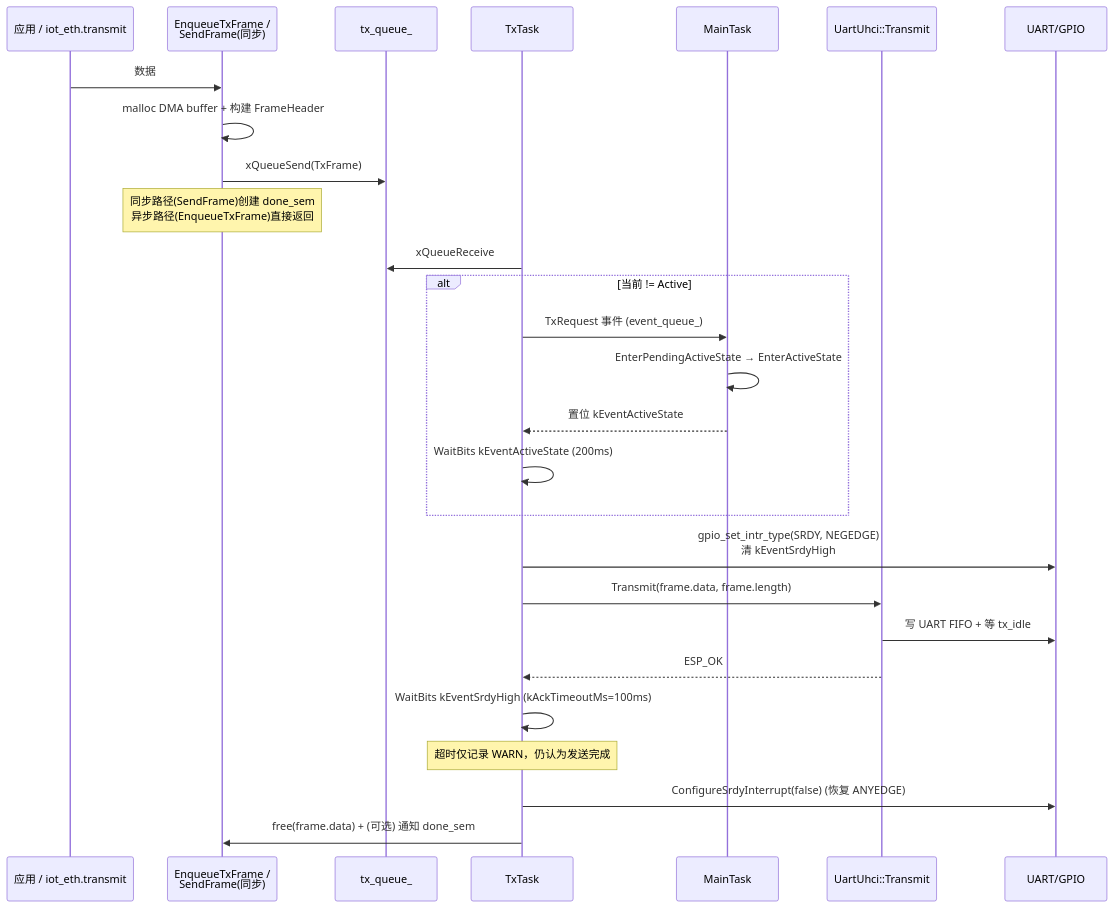
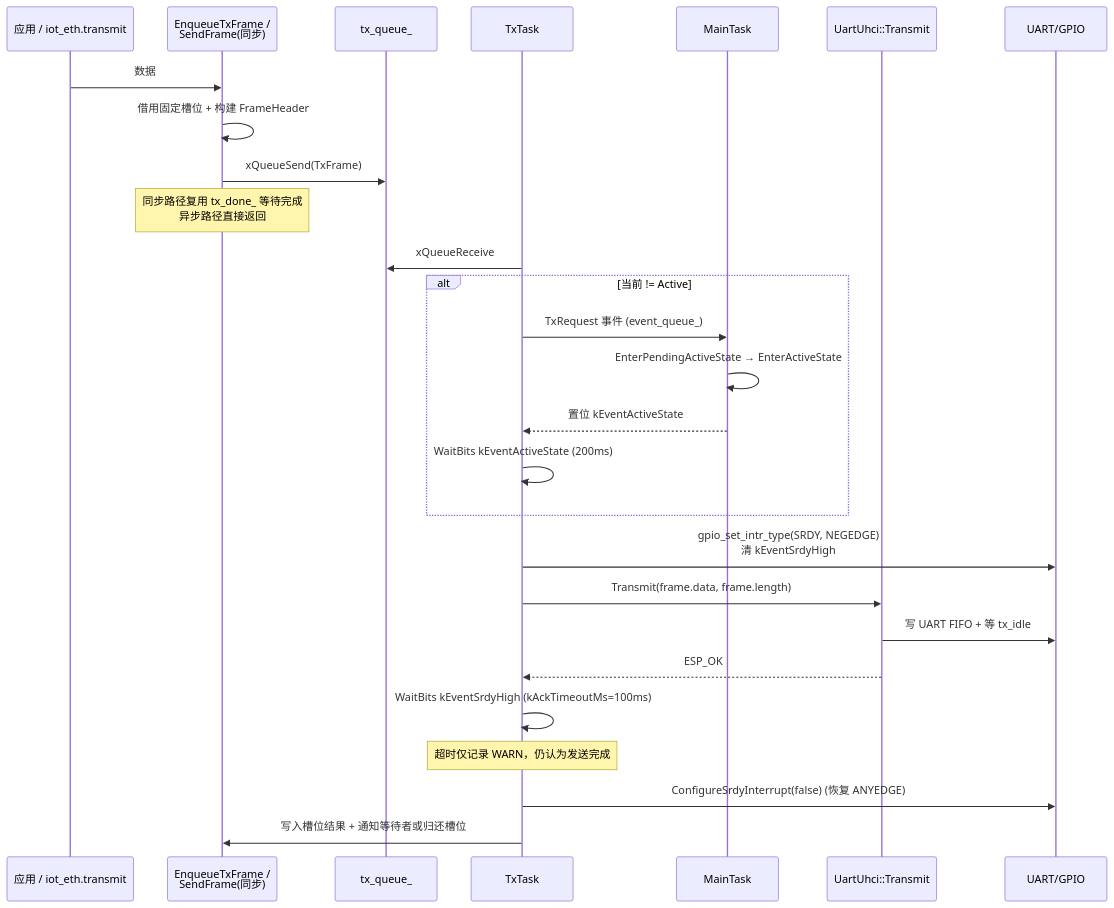
Before and after one commit to 78/uart-eth-modem: diagram 15 of 22 in WORKING_PRINCIPLE.md, drawn with Mermaid. The commit also changed other lines of this file and 18 other files, not shown here.

````diff
--- a/WORKING_PRINCIPLE.md
+++ b/WORKING_PRINCIPLE.md
@@ -584,34 +584,34 @@
 ```mermaid
 sequenceDiagram
     participant APP as 应用 / iot_eth.transmit
     participant ENQ as EnqueueTxFrame /<br/>SendFrame(同步)
     participant TQ as tx_queue_
     participant TX as TxTask
     participant MAIN as MainTask
     participant UHCI as UartUhci::Transmit
     participant HW as UART/GPIO
 
     APP->>ENQ: 数据
-    ENQ->>ENQ: malloc DMA buffer + 构建 FrameHeader
+    ENQ->>ENQ: 借用固定槽位 + 构建 FrameHeader
     ENQ->>TQ: xQueueSend(TxFrame)
-    note over ENQ: 同步路径(SendFrame)创建 done_sem<br/>异步路径(EnqueueTxFrame)直接返回
+    note over ENQ: 同步路径复用 tx_done_ 等待完成<br/>异步路径直接返回
 
     TX->>TQ: xQueueReceive
     alt 当前 != Active
         TX->>MAIN: TxRequest 事件 (event_queue_)
         MAIN->>MAIN: EnterPendingActiveState → EnterActiveState
         MAIN-->>TX: 置位 kEventActiveState
         TX->>TX: WaitBits kEventActiveState (200ms)
     end
 
     TX->>HW: gpio_set_intr_type(SRDY, NEGEDGE)<br/>清 kEventSrdyHigh
     TX->>UHCI: Transmit(frame.data, frame.length)
     UHCI->>HW: 写 UART FIFO + 等 tx_idle
     UHCI-->>TX: ESP_OK
 
     TX->>TX: WaitBits kEventSrdyHigh (kAckTimeoutMs=100ms)
     note over TX: 超时仅记录 WARN，仍认为发送完成
 
     TX->>HW: ConfigureSrdyInterrupt(false) (恢复 ANYEDGE)
-    TX->>ENQ: free(frame.data) + (可选) 通知 done_sem
+    TX->>ENQ: 写入槽位结果 + 通知等待者或归还槽位
 ```
````
